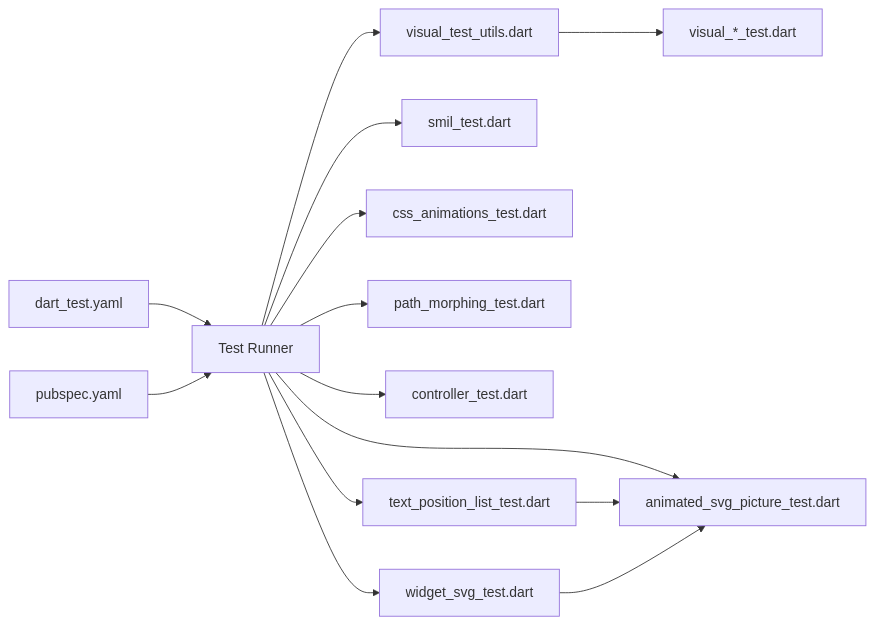
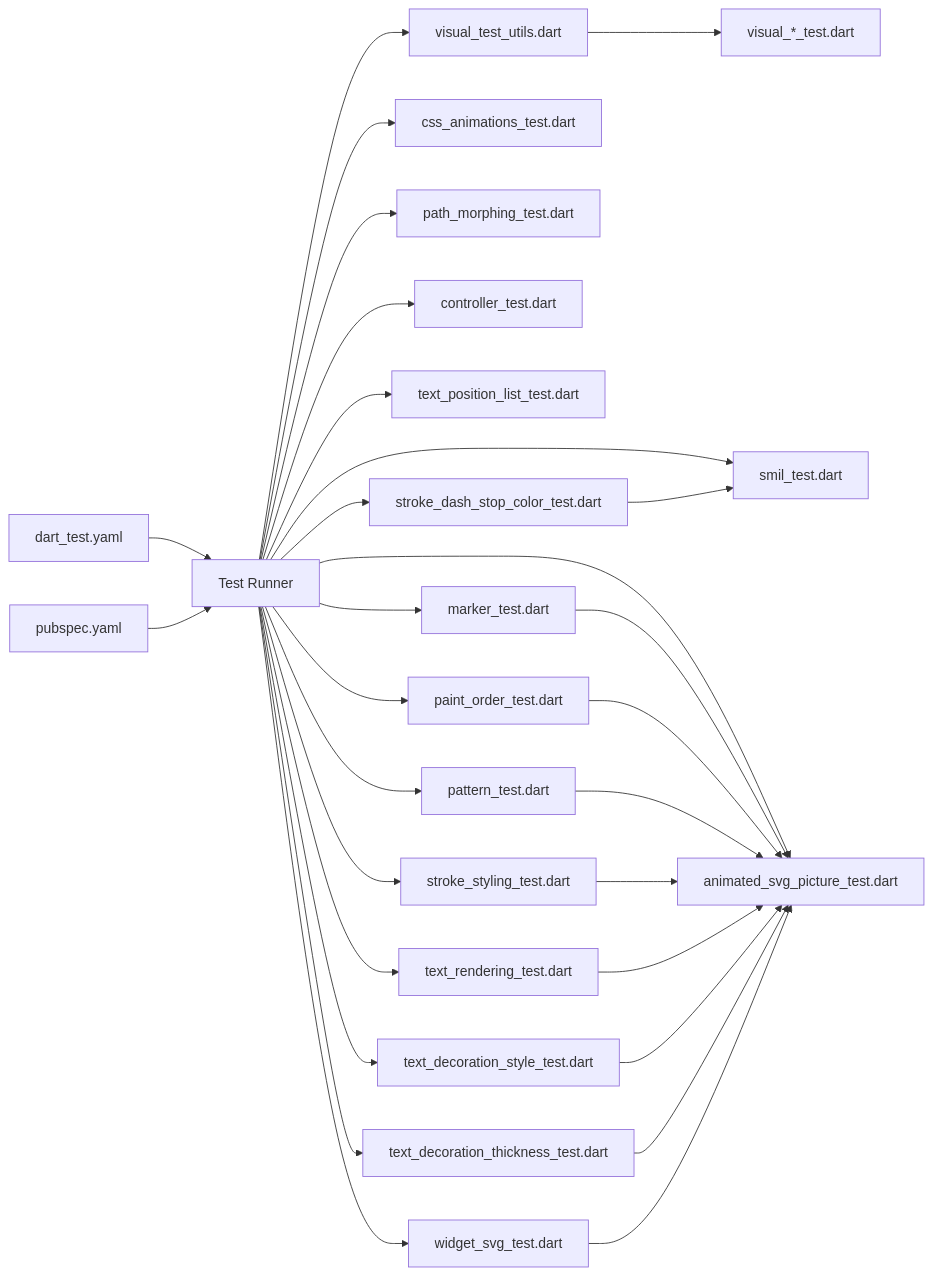
Before and after one commit to denisnadey/flutter_full_svg_support: the ninth of 9 diagrams in .qoder/repowiki/en/content/Testing and Quality Assurance.md, drawn with Mermaid. The commit also changed other lines of this file and 86 other files, not shown here.

````diff
--- a/.qoder/repowiki/en/content/Testing and Quality Assurance.md
+++ b/.qoder/repowiki/en/content/Testing and Quality Assurance.md
@@ -363,16 +519,31 @@
 ```mermaid
 graph LR
 D["dart_test.yaml"] --> T["Test Runner"]
 P["pubspec.yaml"] --> T
 T --> V["visual_test_utils.dart"]
 T --> S["smil_test.dart"]
 T --> C["css_animations_test.dart"]
 T --> PM["path_morphing_test.dart"]
 T --> CT["controller_test.dart"]
 T --> AP["animated_svg_picture_test.dart"]
 T --> TP["text_position_list_test.dart"]
+T --> MK["marker_test.dart"]
+T --> PO["paint_order_test.dart"]
+T --> PT["pattern_test.dart"]
+T --> SS["stroke_styling_test.dart"]
+T --> TR["text_rendering_test.dart"]
+T --> TDS["text_decoration_style_test.dart"]
+T --> TDT["text_decoration_thickness_test.dart"]
+T --> SDSC["stroke_dash_stop_color_test.dart"]
 T --> WS["widget_svg_test.dart"]
 V --> VT["visual_*_test.dart"]
-TP --> AP
+MK --> AP
+PO --> AP
+PT --> AP
+SS --> AP
+TR --> AP
+TDS --> AP
+TDT --> AP
+SDSC --> S
 WS --> AP
 ```
````
